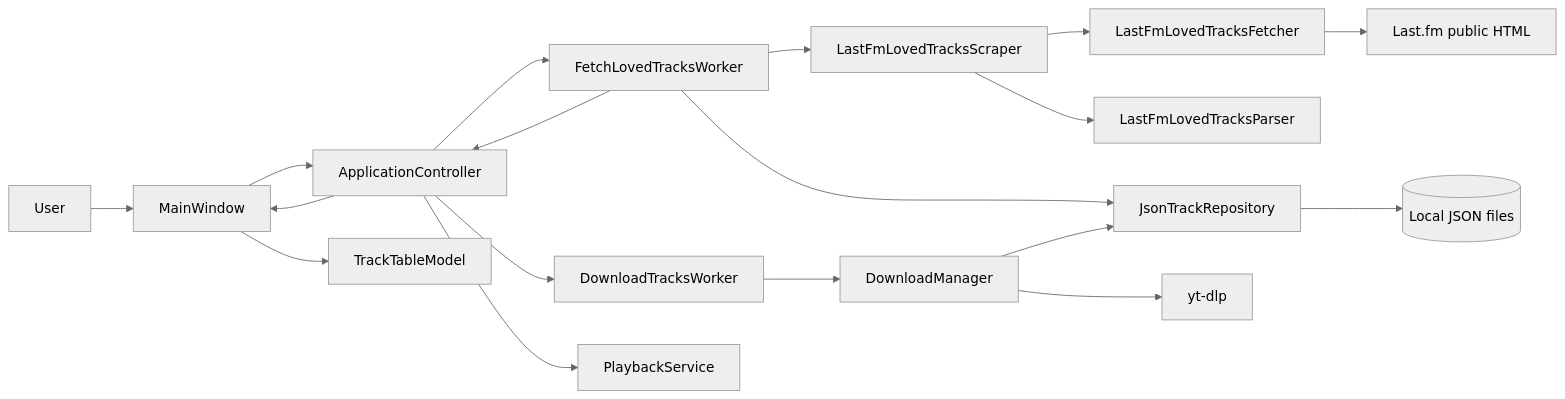
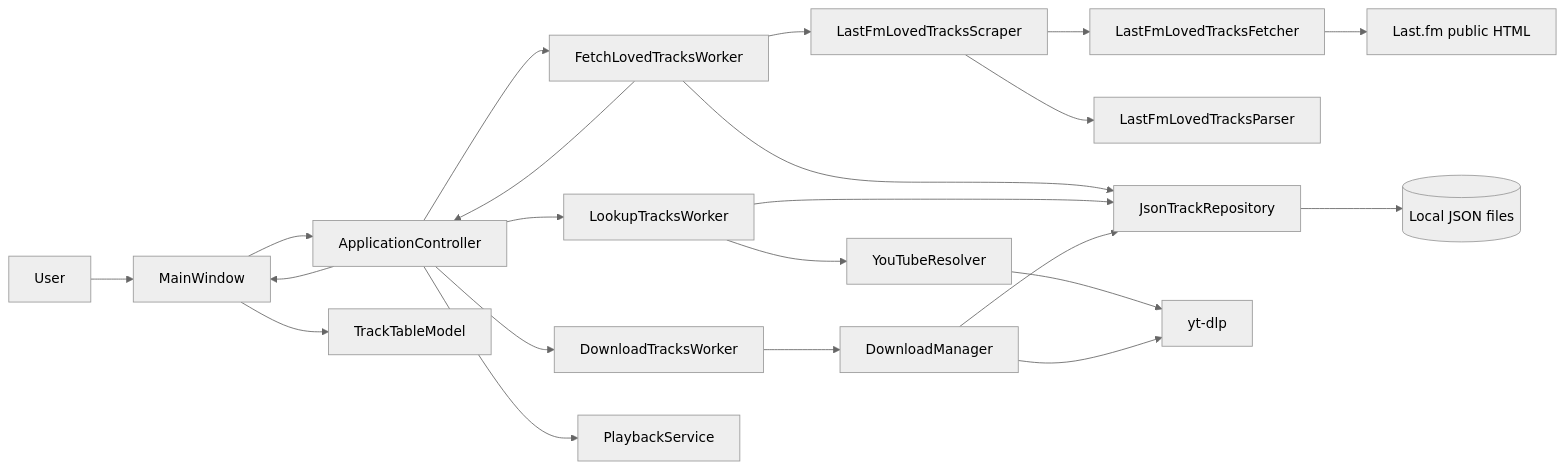
One commit to marcelpetrick/myLastFmPlayer changed the first of 9 diagrams in documents/03_ARCHITECTURE.md. Above: the diagram before and after it, drawn with Mermaid (neutral theme). The commit also changed other lines of this file and 8 other files, not shown here.

````diff
--- a/documents/03_ARCHITECTURE.md
+++ b/documents/03_ARCHITECTURE.md
@@ -53,20 +52,24 @@
 ```mermaid
 flowchart LR
     User[User] --> UI[MainWindow]
     UI --> Controller[ApplicationController]
     Controller --> FetchWorker[FetchLovedTracksWorker]
+    Controller --> LookupWorker[LookupTracksWorker]
     Controller --> DownloadWorker[DownloadTracksWorker]
     Controller --> Playback[PlaybackService]
     FetchWorker --> Scraper[LastFmLovedTracksScraper]
     Scraper --> Fetcher[LastFmLovedTracksFetcher]
     Scraper --> Parser[LastFmLovedTracksParser]
     Fetcher --> LastFm[Last.fm public HTML]
     FetchWorker --> Storage[JsonTrackRepository]
+    LookupWorker --> Resolver[YouTubeResolver]
+    Resolver --> Ytdlp[yt-dlp]
+    LookupWorker --> Storage
     DownloadWorker --> DownloadManager[DownloadManager]
     DownloadManager --> Ytdlp[yt-dlp]
     DownloadManager --> Storage
     Storage --> Json[(Local JSON files)]
     FetchWorker --> Controller
     Controller --> UI
     UI --> TableModel[TrackTableModel]
 ```
````
